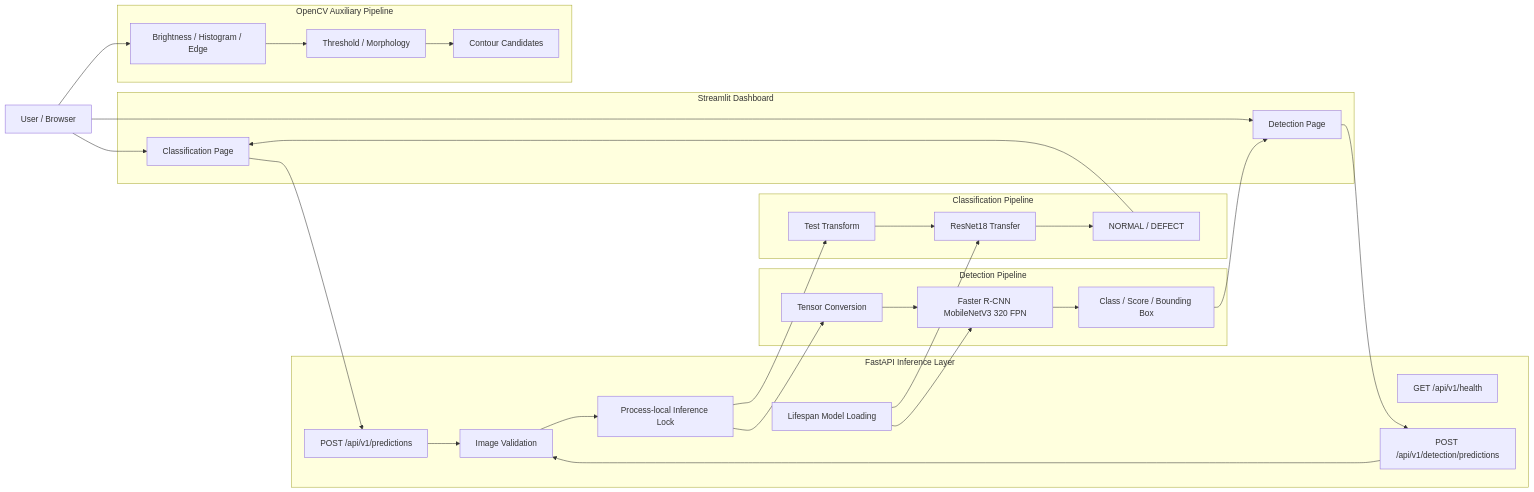
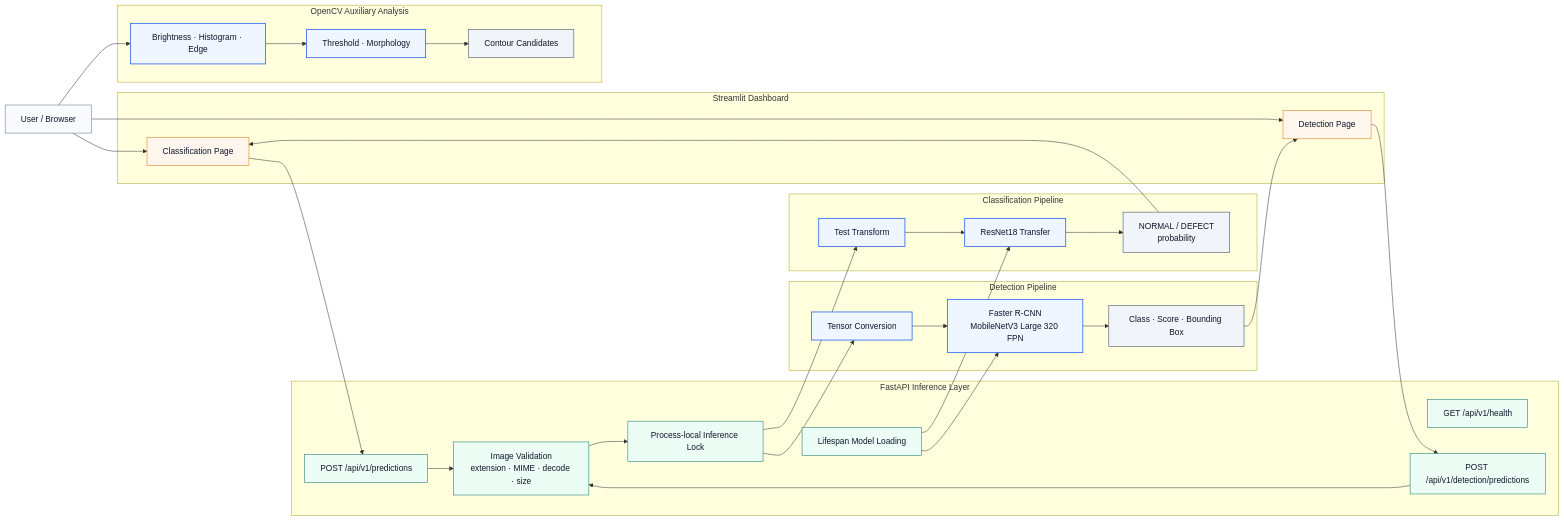
The first of 2 diagrams in README.md (lightleaping/manufacturing-vision-defect-analysis-system), drawn with Mermaid before and after one commit. The commit also changed other lines of this file and 1 other file, not shown here.

````diff
--- a/README.md
+++ b/README.md
@@ -48,47 +147,59 @@
 ```mermaid
 flowchart LR
-    U[User / Browser]
+    USER[User / Browser]
 
     subgraph UI["Streamlit Dashboard"]
-        CP[Classification Page]
-        DP[Detection Page]
+        C_UI[Classification Page]
+        D_UI[Detection Page]
     end
 
     subgraph API["FastAPI Inference Layer"]
-        H[GET /api/v1/health]
-        CA[POST /api/v1/predictions]
-        DA[POST /api/v1/detection/predictions]
-        V[Image Validation]
-        L[Lifespan Model Loading]
-        K[Process-local Inference Lock]
+        HEALTH[GET /api/v1/health]
+        C_API[POST /api/v1/predictions]
+        D_API[POST /api/v1/detection/predictions]
+        VALIDATE[Image Validation<br/>extension · MIME · decode · size]
+        LIFESPAN[Lifespan Model Loading]
+        LOCK[Process-local Inference Lock]
     end
 
-    subgraph Classification["Classification Pipeline"]
-        CT[Test Transform]
-        CM[ResNet18 Transfer]
-        CO[NORMAL / DEFECT]
+    subgraph C["Classification Pipeline"]
+        C_TRANSFORM[Test Transform]
+        RESNET[ResNet18 Transfer]
+        C_OUT[NORMAL / DEFECT<br/>probability]
     end
 
-    subgraph Detection["Detection Pipeline"]
-        DT[Tensor Conversion]
-        DM[Faster R-CNN MobileNetV3 320 FPN]
-        DO[Class / Score / Bounding Box]
+    subgraph D["Detection Pipeline"]
+        D_TRANSFORM[Tensor Conversion]
+        FRCNN[Faster R-CNN<br/>MobileNetV3 Large 320 FPN]
+        D_OUT[Class · Score · Bounding Box]
     end
 
-    subgraph CV["OpenCV Auxiliary Pipeline"]
-        OP[Brightness / Histogram / Edge]
-        OM[Threshold / Morphology]
-        OC[Contour Candidates]
+    subgraph CV["OpenCV Auxiliary Analysis"]
+        HIST[Brightness · Histogram · Edge]
+        MORPH[Threshold · Morphology]
+        CONTOUR[Contour Candidates]
     end
 
-    U --> CP --> CA
-    U --> DP --> DA
-    CA --> V
-    DA --> V
-    L --> CM
-    L --> DM
-    V --> K
-    K --> CT --> CM --> CO --> CP
-    K --> DT --> DM --> DO --> DP
-    U --> OP --> OM --> OC
+    USER --> C_UI --> C_API
+    USER --> D_UI --> D_API
+    C_API --> VALIDATE
+    D_API --> VALIDATE
+    LIFESPAN --> RESNET
+    LIFESPAN --> FRCNN
+    VALIDATE --> LOCK
+    LOCK --> C_TRANSFORM --> RESNET --> C_OUT --> C_UI
+    LOCK --> D_TRANSFORM --> FRCNN --> D_OUT --> D_UI
+    USER --> HIST --> MORPH --> CONTOUR
+
+    classDef input fill:#F8FAFC,stroke:#64748B,color:#0F172A;
+    classDef ui fill:#FFF7ED,stroke:#D97706,color:#0F172A;
+    classDef api fill:#ECFDF5,stroke:#0F766E,color:#0F172A;
+    classDef model fill:#EFF6FF,stroke:#2563EB,color:#0F172A,stroke-width:1.5px;
+    classDef output fill:#F1F5F9,stroke:#334155,color:#0F172A;
+
+    class USER input;
+    class C_UI,D_UI ui;
+    class HEALTH,C_API,D_API,VALIDATE,LIFESPAN,LOCK api;
+    class C_TRANSFORM,RESNET,D_TRANSFORM,FRCNN,HIST,MORPH model;
+    class C_OUT,D_OUT,CONTOUR output;
 ```
````
